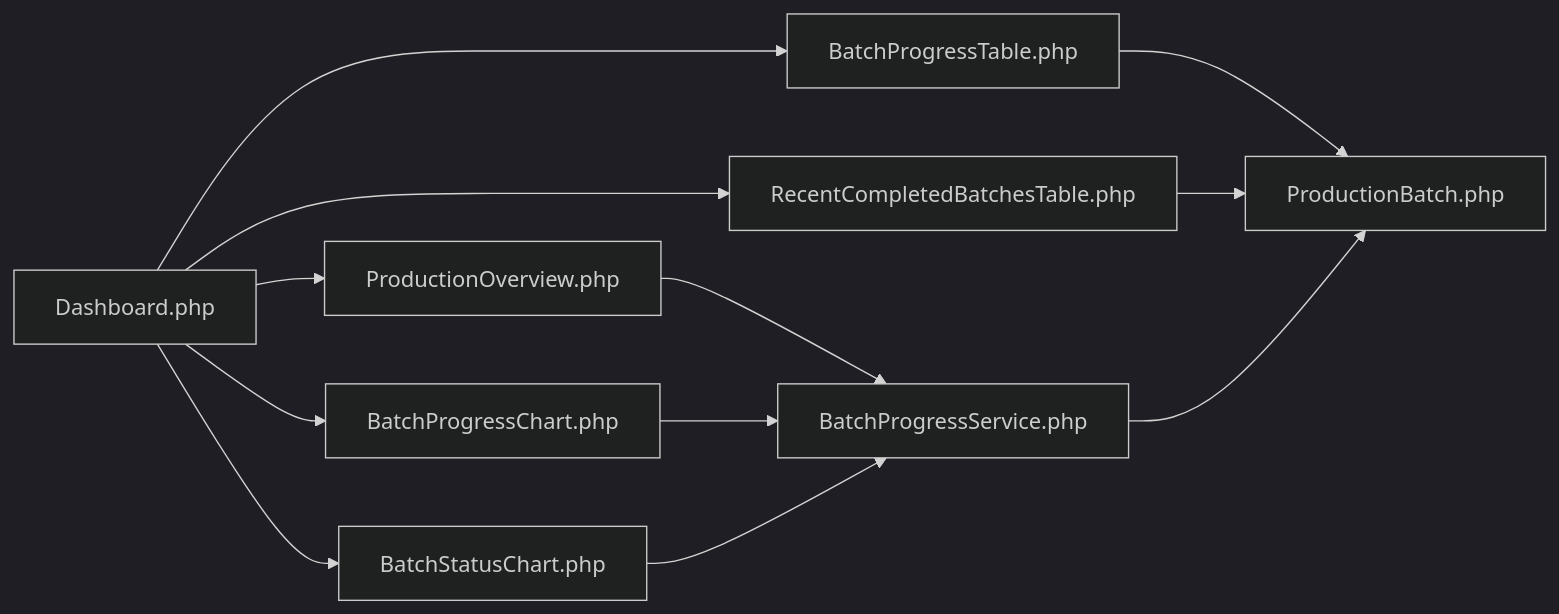
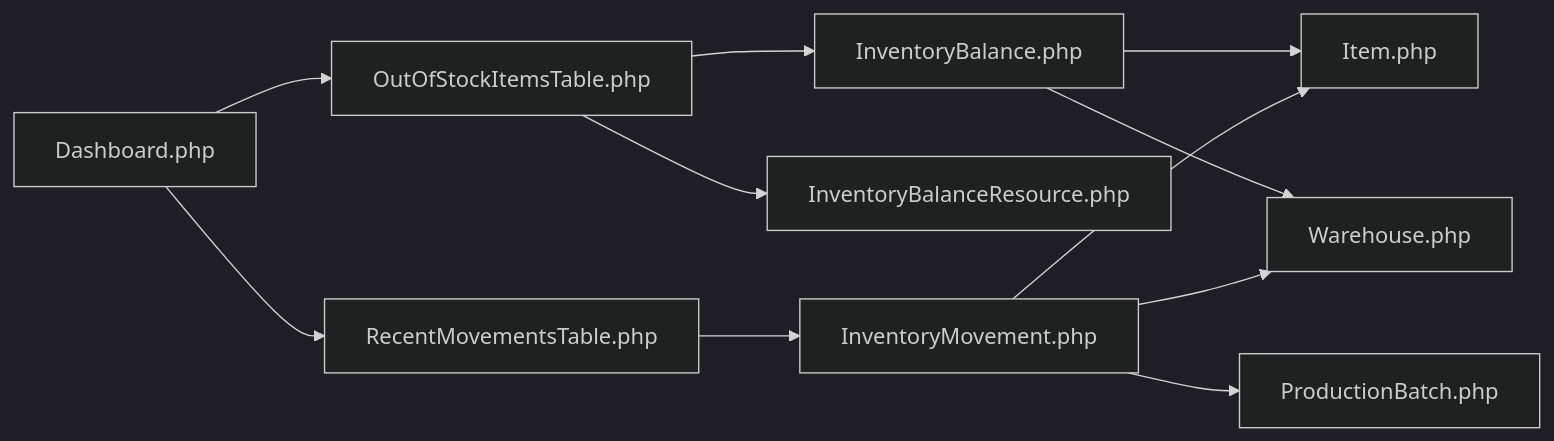
One commit to Dikksap/laravel_RsvHelmet changed the seventh of 7 diagrams in .qoder/repowiki/en/content/Filament Admin Panel/Dashboard Widgets.md. Above: the diagram before and after it, drawn with Mermaid (dark theme). The commit also changed other lines of this file and 13 other files, not shown here.

First line of the commit message:
refactor(dashboard): replace production widgets with inventory management widgets

````diff
--- a/.qoder/repowiki/en/content/Filament Admin Panel/Dashboard Widgets.md
+++ b/.qoder/repowiki/en/content/Filament Admin Panel/Dashboard Widgets.md
@@ -345,14 +302,13 @@
 ```mermaid
 graph LR
-Dashboard["Dashboard.php"] --> ProductionOverview["ProductionOverview.php"]
-Dashboard --> BatchProgressChart["BatchProgressChart.php"]
-Dashboard --> BatchStatusChart["BatchStatusChart.php"]
-Dashboard --> BatchProgressTable["BatchProgressTable.php"]
-Dashboard --> RecentCompletedBatchesTable["RecentCompletedBatchesTable.php"]
-ProductionOverview --> BatchProgressService["BatchProgressService.php"]
-BatchProgressChart --> BatchProgressService
-BatchStatusChart --> BatchProgressService
-BatchProgressTable --> ProductionBatch["ProductionBatch.php"]
-RecentCompletedBatchesTable --> ProductionBatch
-BatchProgressService --> ProductionBatch
+Dashboard["Dashboard.php"] --> OutOfStockItemsTable["OutOfStockItemsTable.php"]
+Dashboard --> RecentMovementsTable["RecentMovementsTable.php"]
+OutOfStockItemsTable --> InventoryBalance["InventoryBalance.php"]
+OutOfStockItemsTable --> InventoryBalanceResource["InventoryBalanceResource.php"]
+RecentMovementsTable --> InventoryMovement["InventoryMovement.php"]
+InventoryBalance --> Item["Item.php"]
+InventoryBalance --> Warehouse["Warehouse.php"]
+InventoryMovement --> Item
+InventoryMovement --> Warehouse
+InventoryMovement --> ProductionBatch["ProductionBatch.php"]
 ```
````
